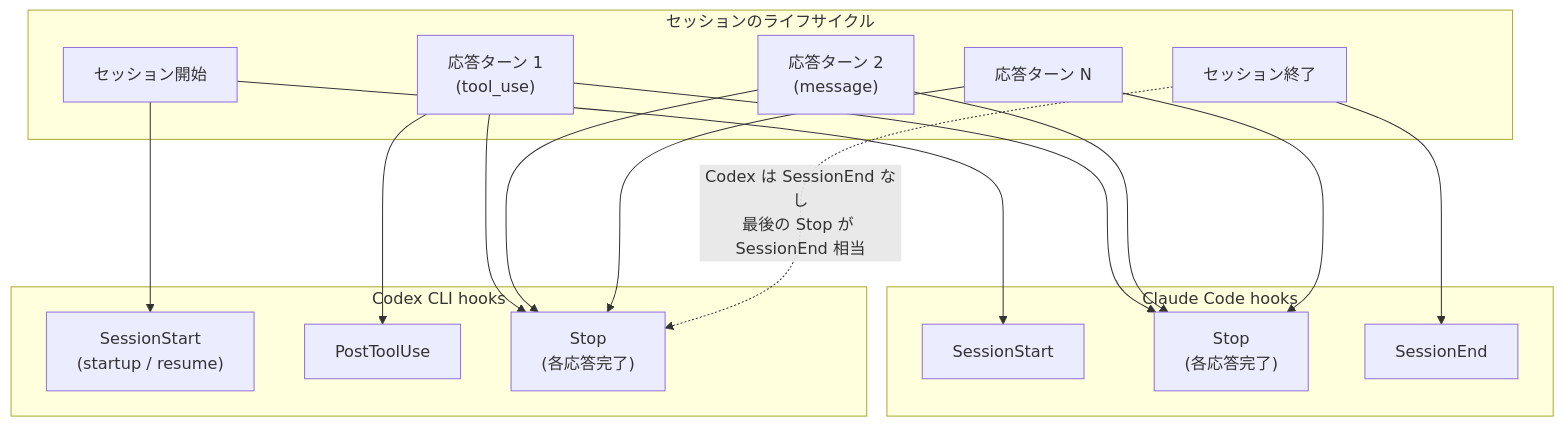
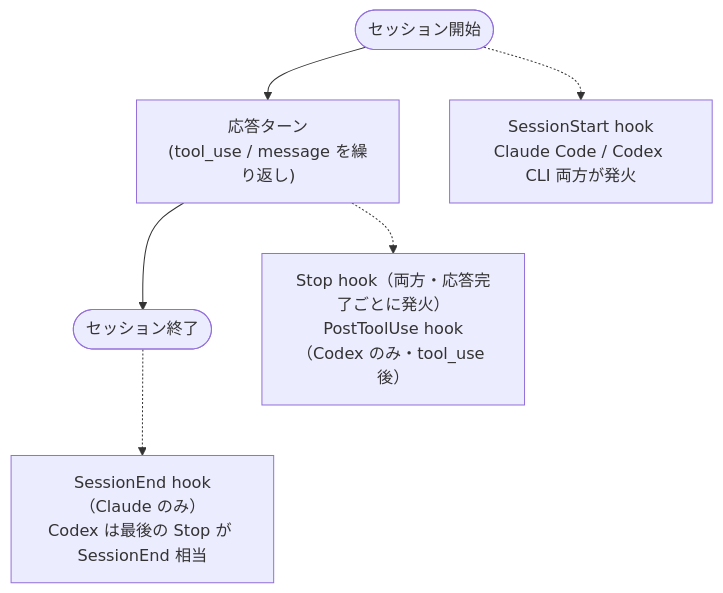
One commit to ishii1648/hitl-metrics changed the first of 3 diagrams in site/content/explain/hooks/index.md. Above: the diagram before and after it, drawn with Mermaid. The commit also changed other lines of this file, not shown here.

Commit message:
docs(site): collapse hooks page mermaid figures into legible layouts
intent(hooks-doc): user reported the two mermaid figures rendered too small to read on the published page
decision(lifecycle-figure): merge per-agent subgraphs into one TB flow with three lifecycle nodes plus three hook-summary nodes — same event→hook mapping, far fewer crossings
decision(stop-figure): switch the Stop-hook timing chart from LR with 7 nodes to TB with 6, folding the 8-second timeout into the goroutine step so it matches the prose's "3 つの抑制策"
rejected(font-size-init): bumping mermaid themeVariables.fontSize — node count was the real width hog, shrinking nodes wouldn't help

````diff
--- a/site/content/explain/hooks/index.md
+++ b/site/content/explain/hooks/index.md
@@ -10,34 +10,12 @@
 ```mermaid
 flowchart TB
-    subgraph life["セッションのライフサイクル"]
-        S0["セッション開始"]
-        S1["応答ターン 1<br/>(tool_use)"]
-        S2["応答ターン 2<br/>(message)"]
-        S3["応答ターン N"]
-        S4["セッション終了"]
-    end
+    S0([セッション開始])
+    S1["応答ターン<br/>(tool_use / message を繰り返し)"]
+    S2([セッション終了])
+    S0 --> S1
+    S1 --> S2
 
-    subgraph claude["Claude Code hooks"]
-        CSS["SessionStart"]
-        CST["Stop<br/>(各応答完了)"]
-        CSE["SessionEnd"]
-    end
-
-    subgraph codex["Codex CLI hooks"]
-        XSS["SessionStart<br/>(startup / resume)"]
-        XPT["PostToolUse"]
-        XST["Stop<br/>(各応答完了)"]
-    end
-
-    S0 --> CSS
-    S0 --> XSS
-    S1 --> CST
-    S1 --> XPT
-    S1 --> XST
-    S2 --> CST
-    S2 --> XST
-    S3 --> CST
-    S3 --> XST
-    S4 --> CSE
-    S4 -. Codex は SessionEnd なし<br/>最後の Stop が SessionEnd 相当 .-> XST
+    S0 -.-> H0["SessionStart hook<br/>Claude Code / Codex CLI 両方が発火"]
+    S1 -.-> H1["Stop hook（両方・応答完了ごとに発火）<br/>PostToolUse hook（Codex のみ・tool_use 後）"]
+    S2 -.-> H2["SessionEnd hook（Claude のみ）<br/>Codex は最後の Stop が SessionEnd 相当"]
 ```
````
